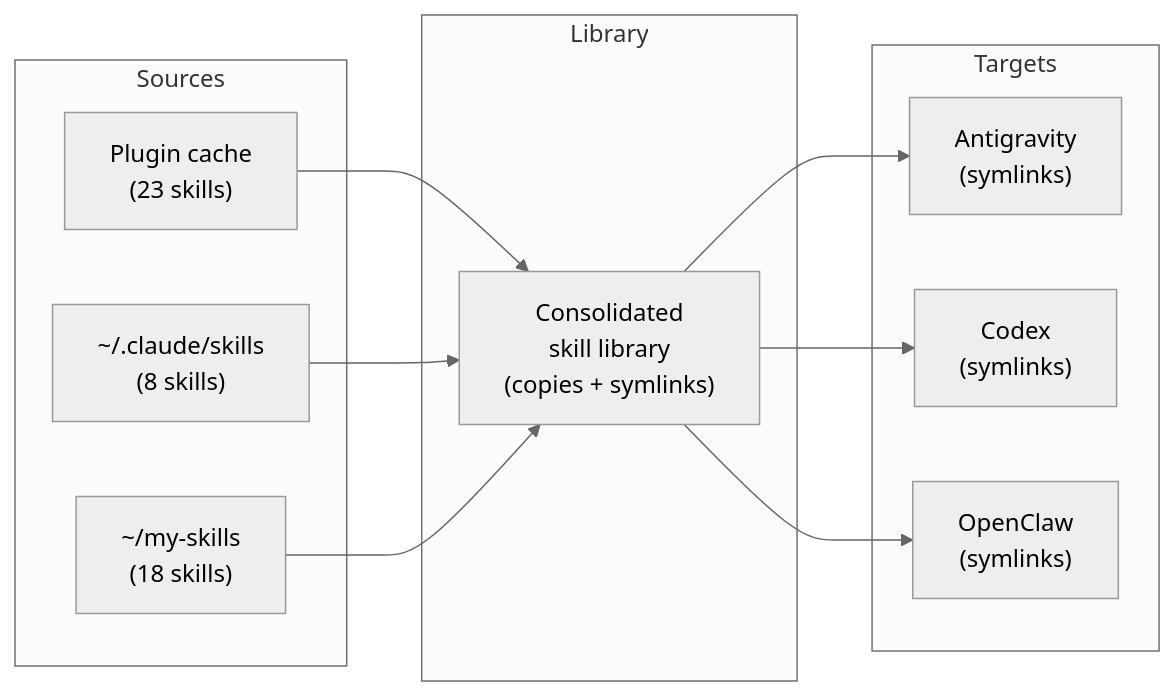
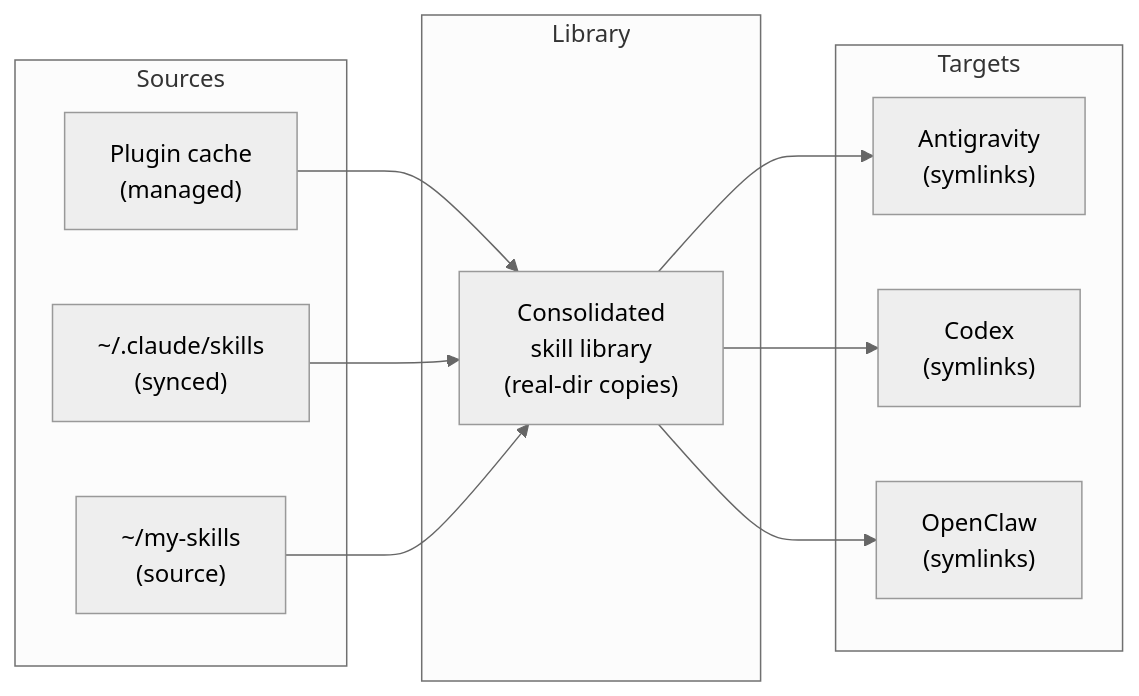
Before and after one commit to MartinP7r/tome: the diagram in README.md, drawn with Mermaid (neutral theme). The commit also changed other lines of this file and 4 other files, not shown here.

````diff
--- a/README.md
+++ b/README.md
@@ -90,25 +90,25 @@
 ```mermaid
 graph LR
     subgraph Sources
-        S1["Plugin cache<br/>(23 skills)"]
-        S2["~/.claude/skills<br/>(8 skills)"]
-        S3["~/my-skills<br/>(18 skills)"]
+        S1["Plugin cache<br/>(managed)"]
+        S2["~/.claude/skills<br/>(synced)"]
+        S3["~/my-skills<br/>(source)"]
     end
 
     subgraph Library
-        L["Consolidated<br/>skill library<br/>(copies + symlinks)"]
+        L["Consolidated<br/>skill library<br/>(real-dir copies)"]
     end
 
     subgraph Targets
         T1["Antigravity<br/>(symlinks)"]
         T2["Codex<br/>(symlinks)"]
         T3["OpenClaw<br/>(symlinks)"]
     end
 
     S1 --> L
     S2 --> L
     S3 --> L
     L --> T1
     L --> T2
     L --> T3
 ```
````
